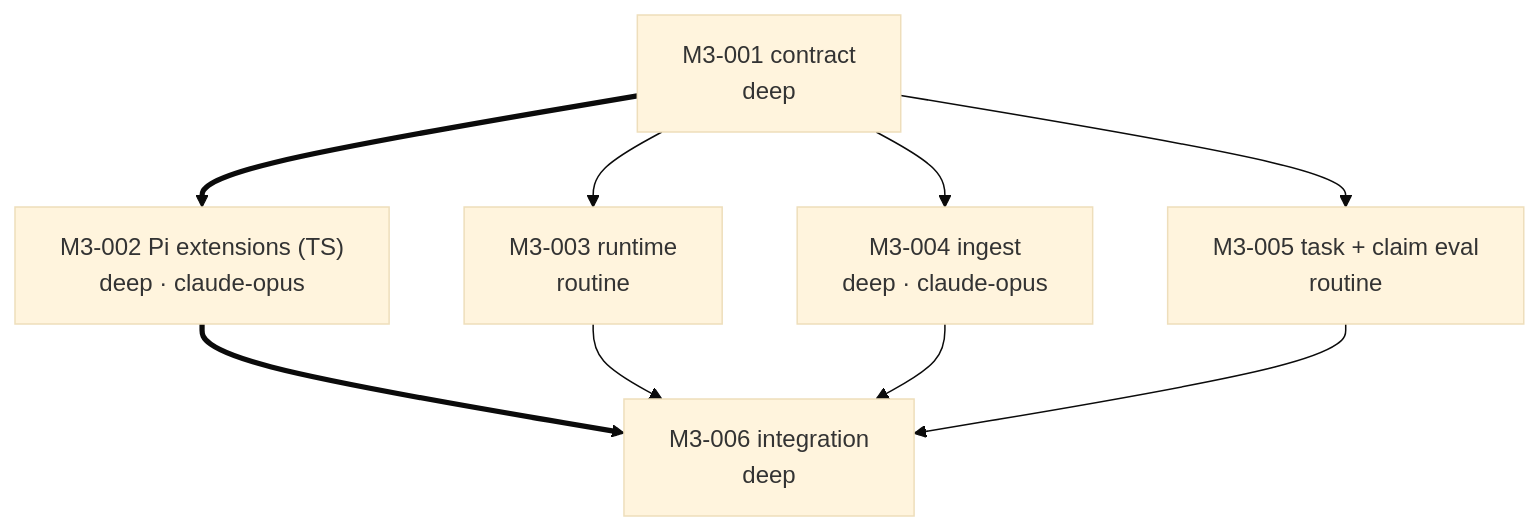
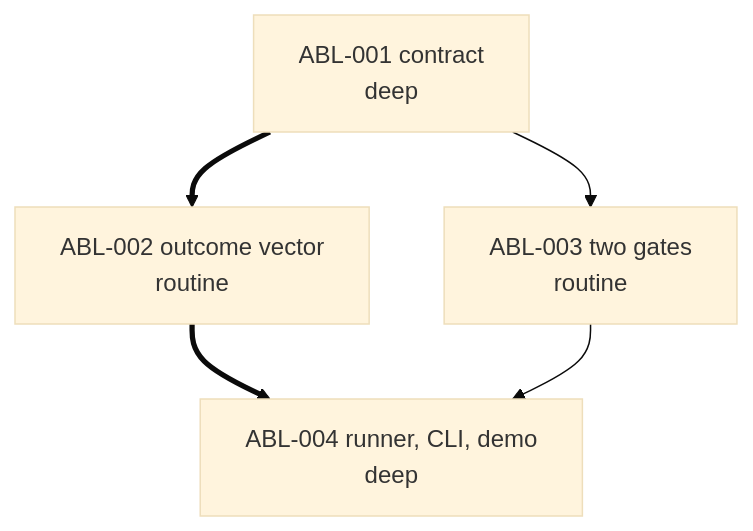
Before and after one commit to vu1n/onoda: the diagram in PLAN.md, drawn with Mermaid (base theme). The commit also changed other lines of this file and 4 other files, not shown here.

Commit message:
ABL-001: M3b ablation contract, plan, and assumptions A39-A42

````diff
--- a/PLAN.md
+++ b/PLAN.md
@@ -268,11 +164,7 @@
 ```mermaid
 flowchart TD
-    M3_001["M3-001 contract<br/>deep"] ==> M3_002["M3-002 Pi extensions (TS)<br/>deep · claude-opus"]
-    M3_001 --> M3_003["M3-003 runtime<br/>routine"]
-    M3_001 --> M3_004["M3-004 ingest<br/>deep · claude-opus"]
-    M3_001 --> M3_005["M3-005 task + claim eval<br/>routine"]
-    M3_002 ==> M3_006["M3-006 integration<br/>deep"]
-    M3_003 --> M3_006
-    M3_004 --> M3_006
-    M3_005 --> M3_006
+    ABL_001["ABL-001 contract<br/>deep"] ==> ABL_002["ABL-002 outcome vector<br/>routine"]
+    ABL_001 --> ABL_003["ABL-003 two gates<br/>routine"]
+    ABL_002 ==> ABL_004["ABL-004 runner, CLI, demo<br/>deep"]
+    ABL_003 --> ABL_004
 ```
````
